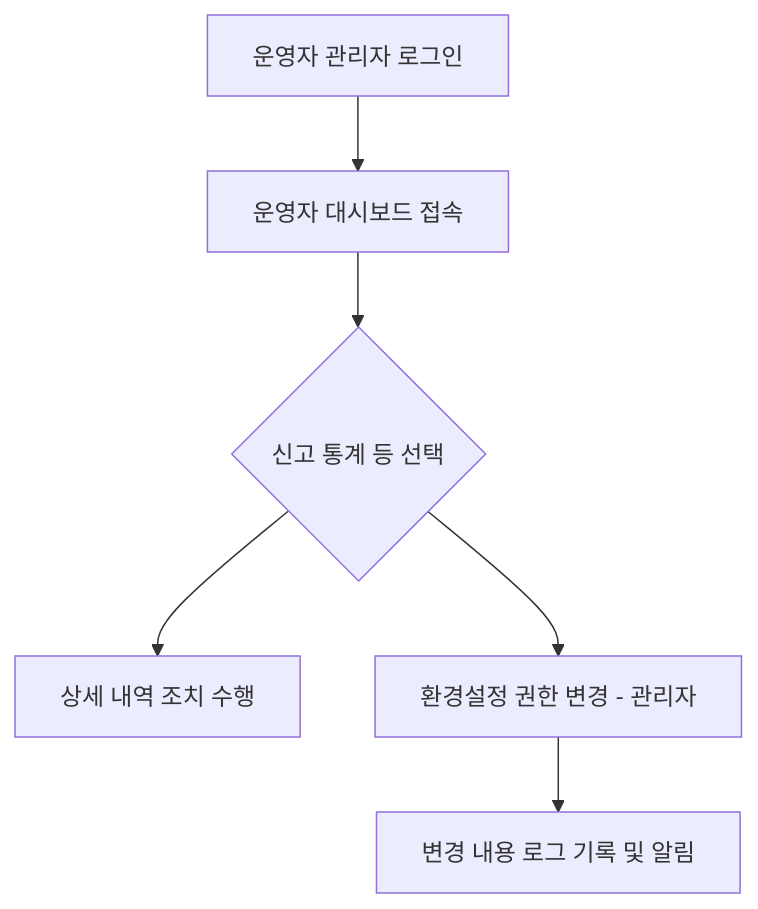
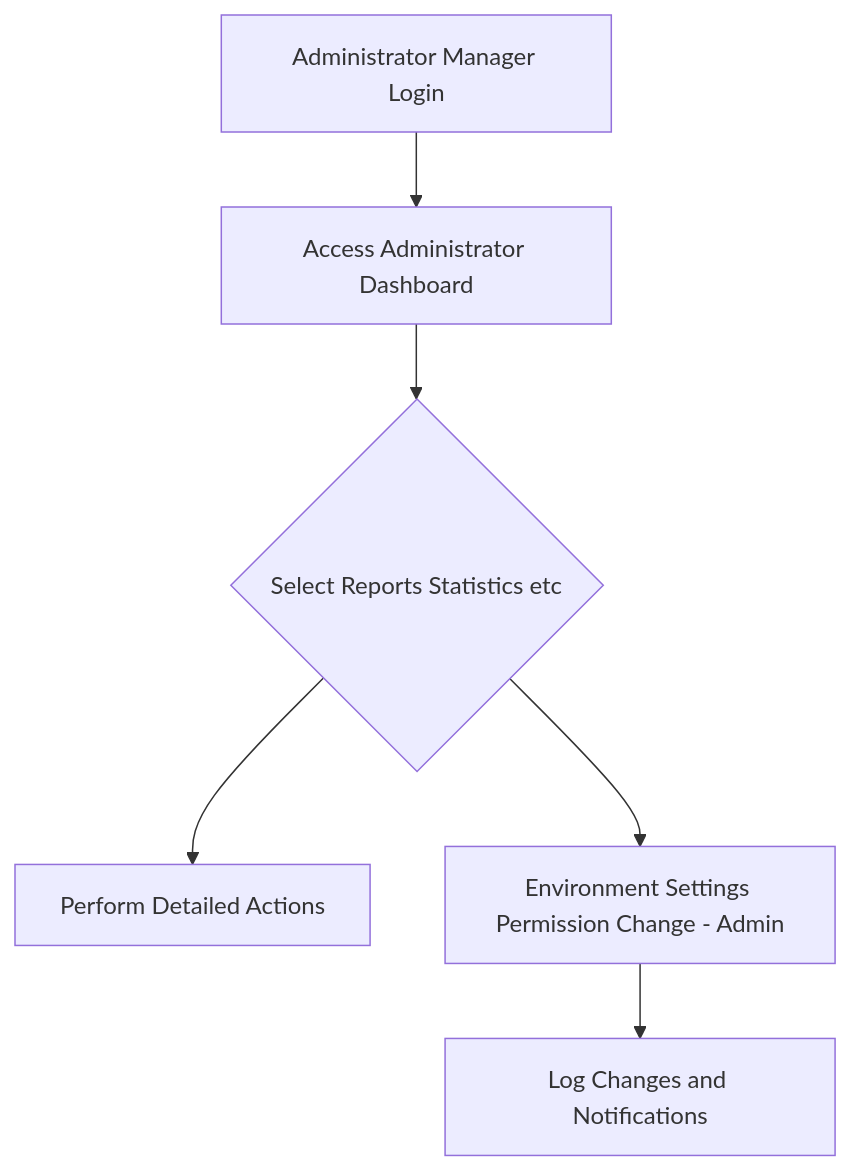
One commit to wrtnlabs/autobe changed the diagram in packages/agent/prompts/ANALYZE_REVIEWER.md. Above: the diagram before and after it, drawn with Mermaid. The commit also changed other lines of this file, not shown here.

Commit message:
fix: translate Korrean prompt to English

````diff
--- a/packages/agent/prompts/ANALYZE_REVIEWER.md
+++ b/packages/agent/prompts/ANALYZE_REVIEWER.md
@@ -131,9 +131,9 @@
 ```mermaid
 graph TD
-  A[운영자 관리자 로그인]
-  A --> B[운영자 대시보드 접속]
-  B --> C{신고 통계 등 선택}
-  C --> D[상세 내역 조치 수행]
-  C --> E[환경설정 권한 변경 - 관리자]
-  E --> F[변경 내용 로그 기록 및 알림]
+  A[Administrator Manager Login]
+  A --> B[Access Administrator Dashboard]
+  B --> C{Select Reports Statistics etc}
+  C --> D[Perform Detailed Actions]
+  C --> E[Environment Settings Permission Change - Admin]
+  E --> F[Log Changes and Notifications]
 ```
````
